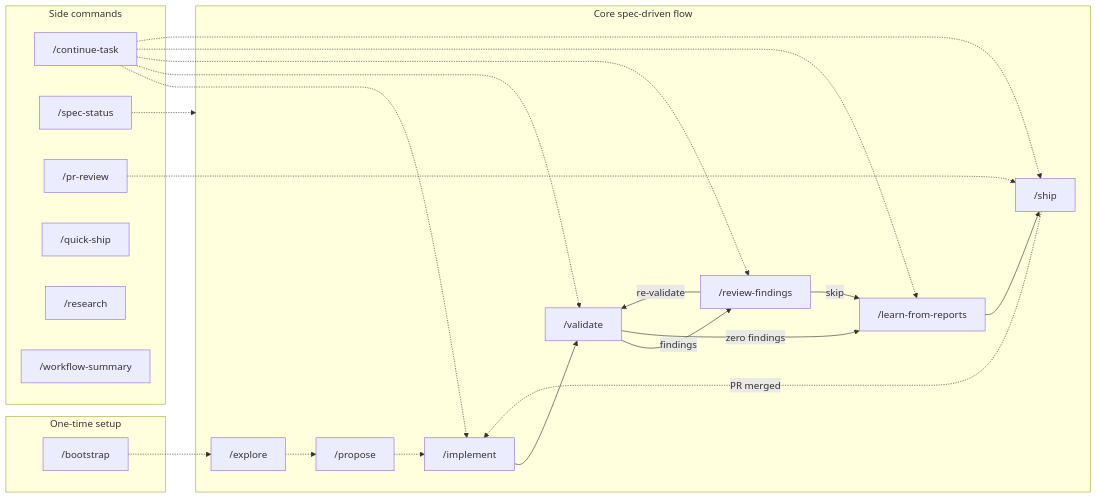
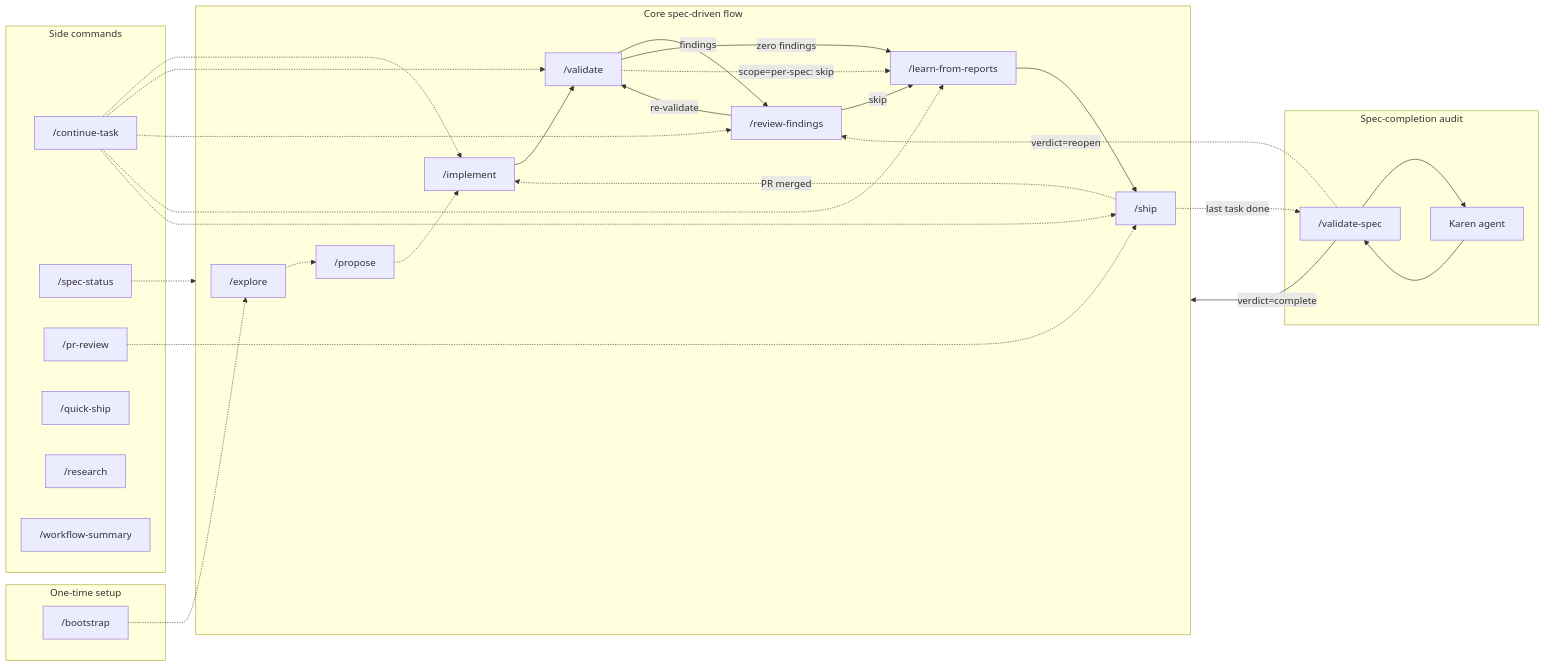
Before and after one commit to AlarQ/SDD-hub: the first of 10 diagrams in docs/workflow-diagram.md, drawn with Mermaid. The commit also changed other lines of this file and 22 other files, not shown here.

````diff
--- a/docs/workflow-diagram.md
+++ b/docs/workflow-diagram.md
@@ -16,44 +20,55 @@
 ```mermaid
 graph LR
     subgraph Setup["One-time setup"]
         BOOT["/bootstrap"]
     end
 
     subgraph Core["Core spec-driven flow"]
         EXP["/explore"]
         PROP["/propose"]
         IMPL["/implement"]
         VAL["/validate"]
         REV["/review-findings"]
         LEARN["/learn-from-reports"]
         SHIP["/ship"]
+    end
+
+    subgraph Audit["Spec-completion audit"]
+        VSPEC["/validate-spec"]
+        KAREN["Karen agent"]
     end
 
     subgraph Side["Side commands"]
         CONT["/continue-task"]
         STAT["/spec-status"]
         PRR["/pr-review"]
         QS["/quick-ship"]
         RES["/research"]
         WS["/workflow-summary"]
     end
 
     BOOT -.-> EXP
     EXP -.-> PROP
     PROP -.-> IMPL
     IMPL --> VAL
     VAL -->|findings| REV
     VAL -->|zero findings| LEARN
+    VAL -.->|scope=per-spec: skip| LEARN
     REV -->|re-validate| VAL
     REV -->|skip| LEARN
     LEARN --> SHIP
     SHIP -.->|PR merged| IMPL
+    SHIP -.->|last task done| VSPEC
+    VSPEC --> KAREN
+    KAREN --> VSPEC
+    VSPEC -->|verdict=complete| Core
+    VSPEC -.->|verdict=reopen| REV
 
     CONT -.-> IMPL
     CONT -.-> VAL
     CONT -.-> REV
     CONT -.-> LEARN
     CONT -.-> SHIP
     STAT -.-> Core
     PRR -.-> SHIP
 ```
````
